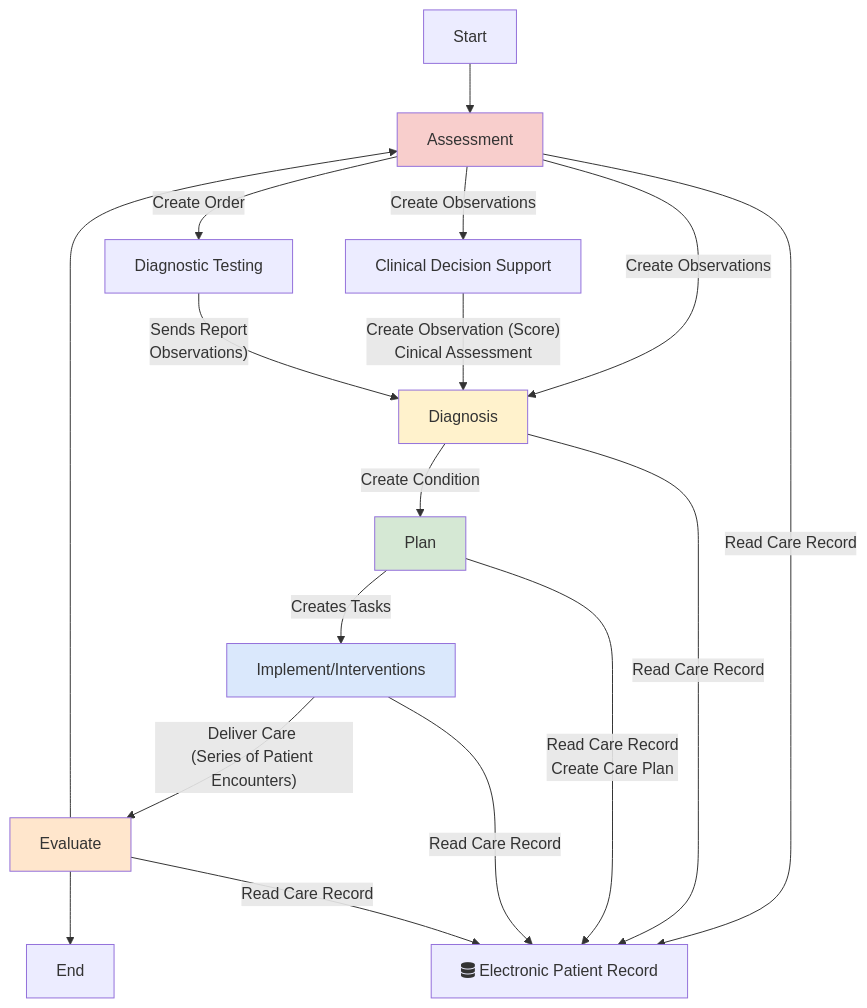
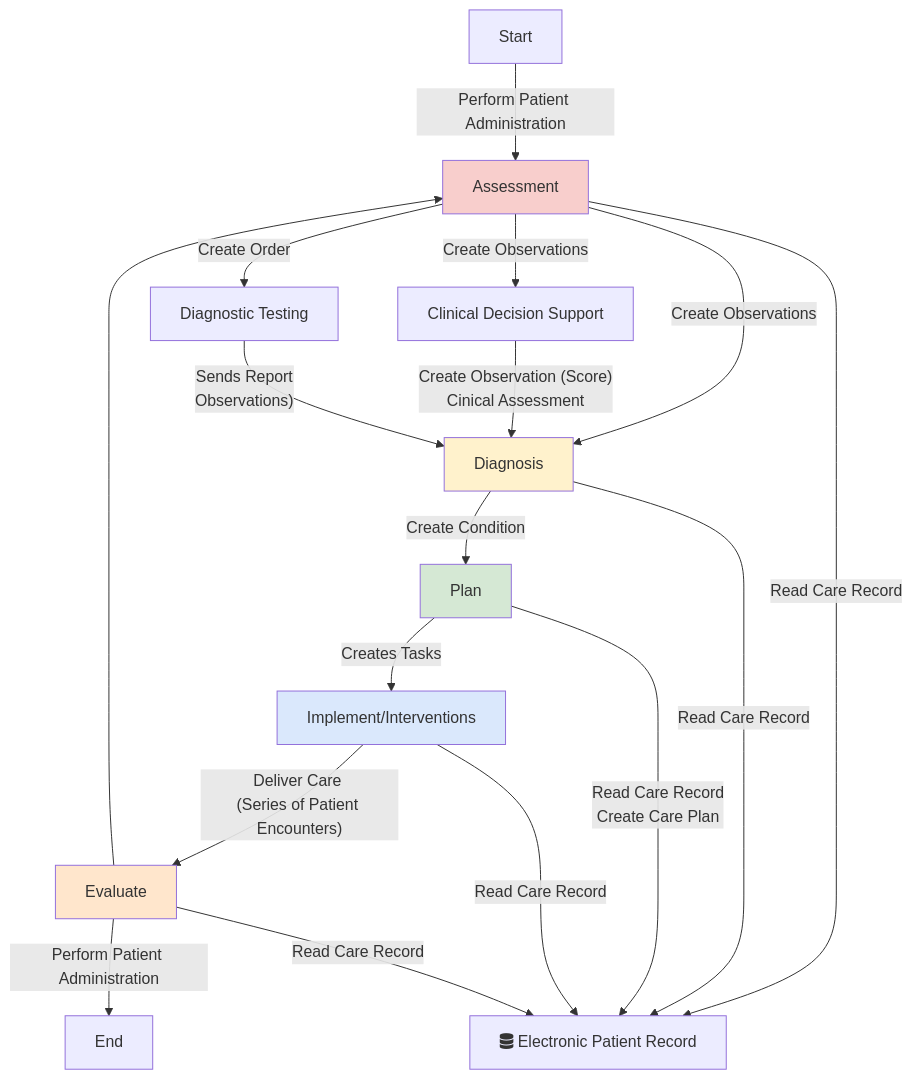
The first of 2 diagrams in input/pagecontent/index.md (Virtually-Healthcare/virtually-healthcare.github.com), drawn with Mermaid before and after one commit.

Commit message:
ADPIE elab

````diff
--- a/input/pagecontent/index.md
+++ b/input/pagecontent/index.md
@@ -52,34 +52,34 @@
 ```mermaid
 graph TD;
-    Start --> Assessment
+    Start --> |Perform Patient Administration| Assessment
     Assessment[Assessment]-->|Create Observations| Diagnosis;
     Assessment --> |Create Observations| ClinicalDecisionSupport
     Assessment --> |Create Order| DiagnosticTesting
 
     ClinicalDecisionSupport[Clinical Decision Support]  --> |"Create Observation (Score)<br/>Cinical Assessment"| Diagnosis
     DiagnosticTesting[Diagnostic Testing] --> |"Sends Report <br/> Observations)"| Diagnosis
     Diagnosis[Diagnosis]-->|Create Condition| Plan;
     Plan -->|Creates Tasks| Implement;
     Implement[Implement/Interventions]-->|"Deliver Care <br/>(Series of Patient Encounters)"| Evaluate;
     Evaluate[Evaluate]-->Assessment;
-    Evaluate --> End
+    Evaluate --> |Perform Patient Administration| End
 
     EPR[fas:fa-database Electronic Patient Record] 
     Assessment --> |Read Care Record| EPR
     Diagnosis --> |Read Care Record| EPR
     Plan --> |Read Care Record <br/> Create Care Plan| EPR
     Implement --> |Read Care Record| EPR
     Evaluate --> |Read Care Record| EPR
     
     classDef yellow fill:#FFF2CC;
     classDef pink fill:#F8CECC
     classDef green fill:#D5E8D4;
     classDef blue fill:#DAE8FC;
     classDef orange fill:#FFE6CC;
 
     class Assessment pink
     class Diagnosis yellow
     class Plan green
     class Implement blue
     class Evaluate orange
 ```
````
